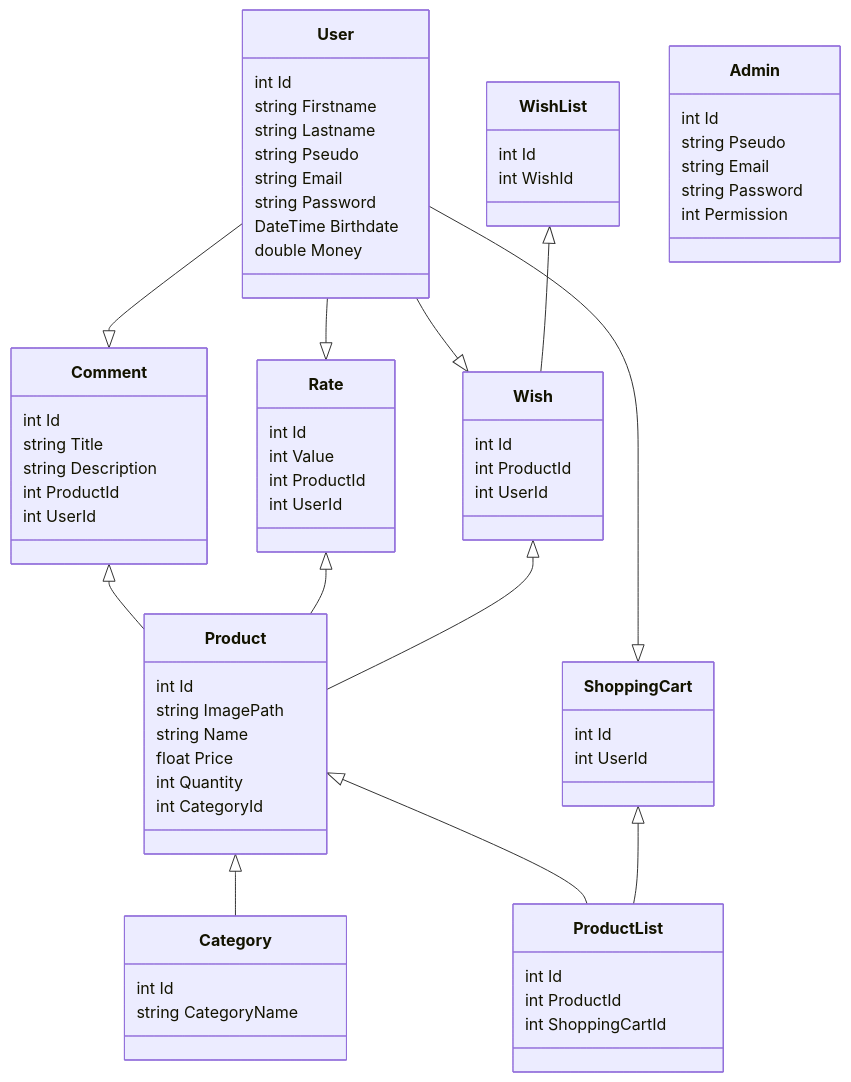
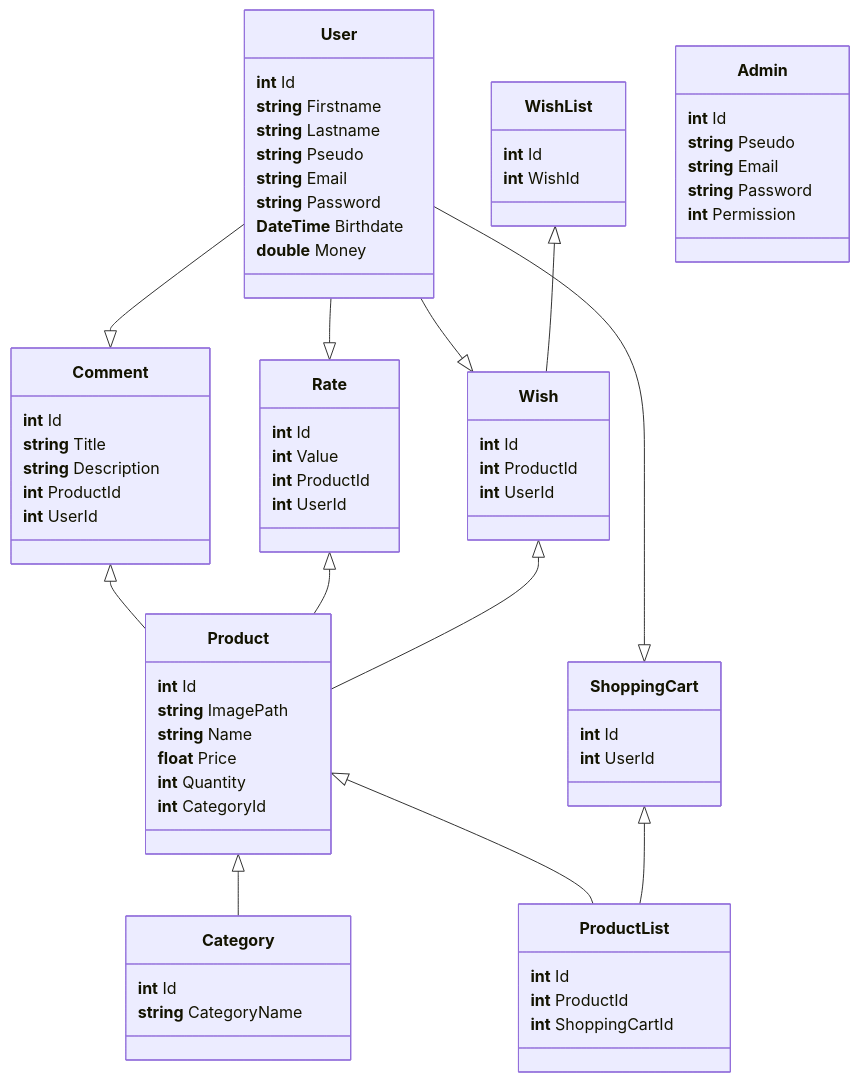
One commit to voluxyy/e-commerce changed the diagram in readme.md. Above: the diagram before and after it, drawn with Mermaid.

Commit message:
:memo: New Diagram

````diff
--- a/readme.md
+++ b/readme.md
@@ -22,81 +22,81 @@
 ```mermaid
 classDiagram
     User --|> Comment
     User --|> Wish
     User --|> Rate
     User --|> ShoppingCart
 
     Product <|-- Category
     Product <|-- ProductList
 
     ShoppingCart <|-- ProductList
 
     Comment <|-- Product
 
     Rate <|-- Product
 
     Wish <|-- Product
 
     WishList <|-- Wish
 
     class Wish{
-        int Id
-        int ProductId
-        int UserId
+        **int** Id
+        **int** ProductId
+        **int** UserId
     }
     class WishList{
-        int Id
-        int WishId
+        **int** Id
+        **int** WishId
     }
     class Product{
-        int Id
-        string ImagePath
-        string Name
-        float Price
-        int Quantity
-        int CategoryId
+        **int** Id
+        **string** ImagePath
+        **string** Name
+        **float** Price
+        **int** Quantity
+        **int** CategoryId
     }
     class Rate{
-        int Id
-        int Value
-        int ProductId
-        int UserId
+        **int** Id
+        **int** Value
+        **int** ProductId
+        **int** UserId
     }
     class ProductList{
-        int Id
-        int ProductId
-        int ShoppingCartId
+        **int** Id
+        **int** ProductId
+        **int** ShoppingCartId
     }
     class ShoppingCart{
-        int Id
-        int UserId
+        **int** Id
+        **int** UserId
     }
     class Category{
-        int Id
-        string CategoryName
+        **int** Id
+        **string** CategoryName
     }
     class User{
-        int Id
-        string Firstname
-        string Lastname
-        string Pseudo
-        string Email
-        string Password
-        DateTime Birthdate
-        double Money
+        **int** Id
+        **string** Firstname
+        **string** Lastname
+        **string** Pseudo
+        **string** Email
+        **string** Password
+        **DateTime** Birthdate
+        **double** Money
     }
     class Comment{
-        int Id
-        string Title
-        string Description
-        int ProductId
-        int UserId
+        **int** Id
+        **string** Title
+        **string** Description
+        **int** ProductId
+        **int** UserId
     }
     class Admin{
-        int Id
-        string Pseudo
-        string Email
-        string Password
-        int Permission
+        **int** Id
+        **string** Pseudo
+        **string** Email
+        **string** Password
+        **int** Permission
     }
 ```
````
